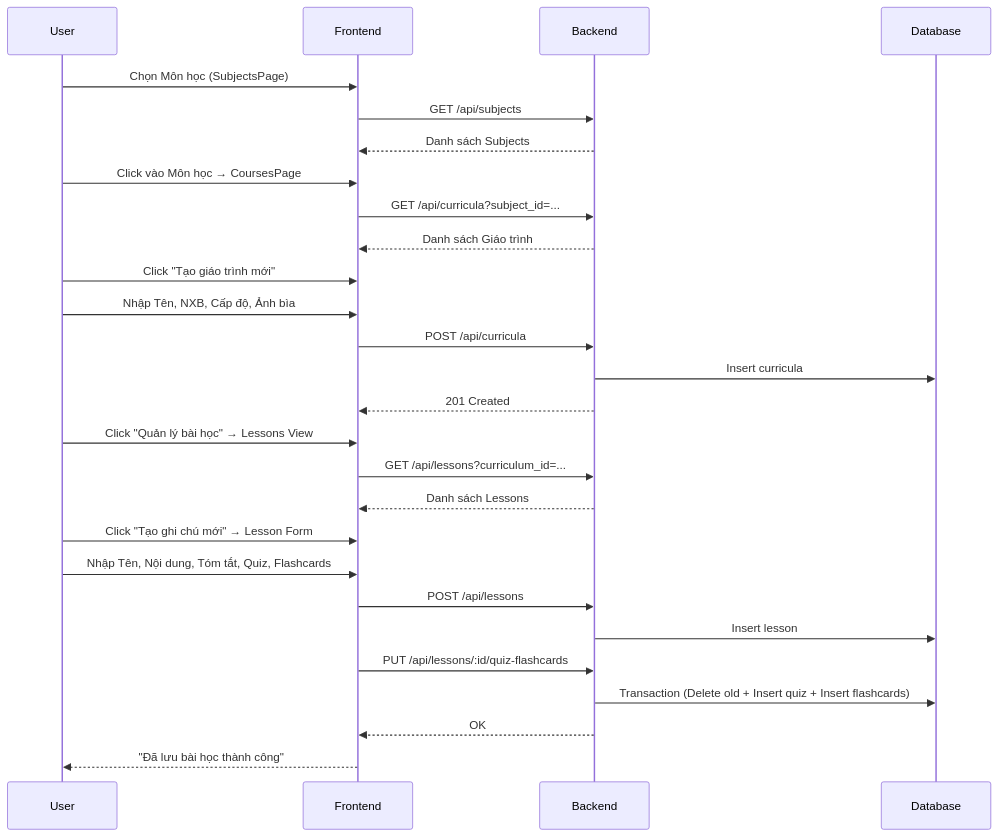
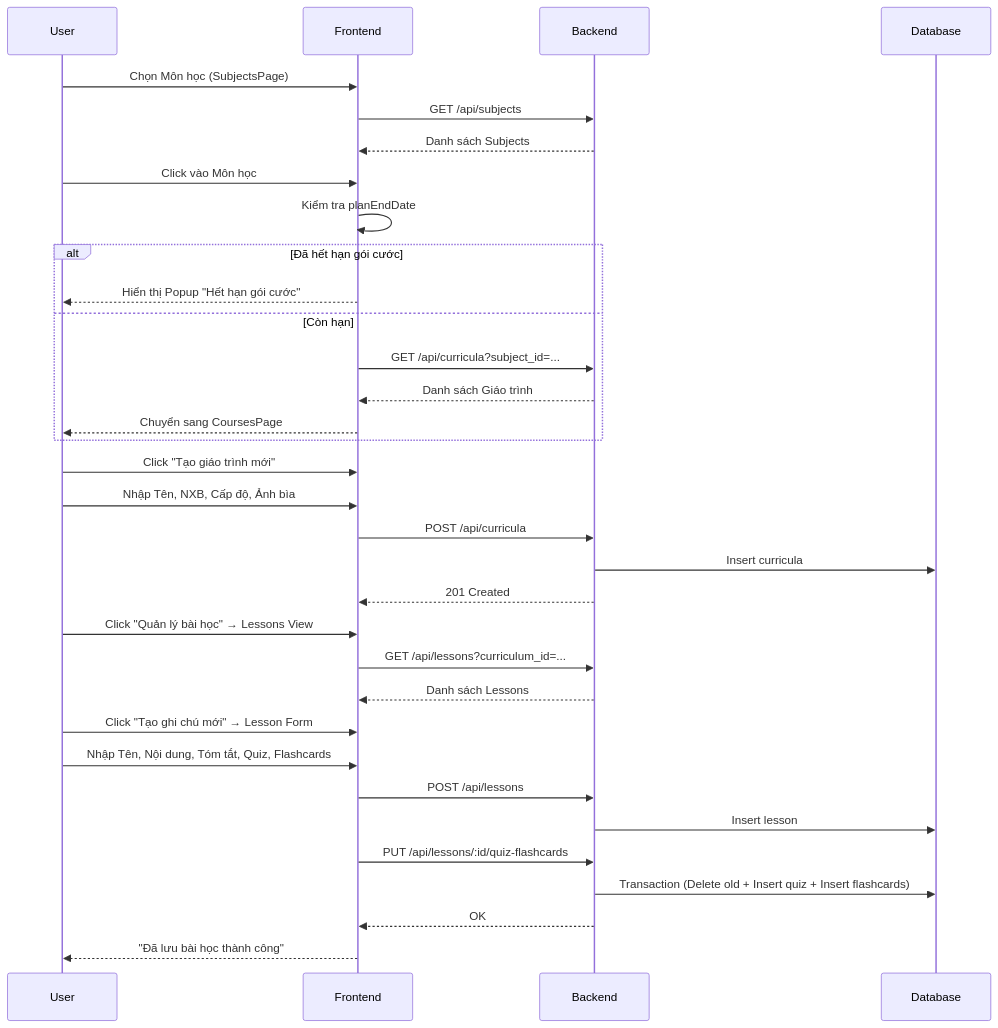
The first of 4 diagrams in spec/study/DetailDesign_study.md (SmartLearn1987/smartlearnapp), drawn with Mermaid before and after one commit. The commit also changed other lines of this file and 27 other files, not shown here.

````diff
--- a/spec/study/DetailDesign_study.md
+++ b/spec/study/DetailDesign_study.md
@@ -128,34 +133,40 @@
 ```mermaid
 sequenceDiagram
     participant User
     participant Frontend
     participant Backend
     participant Database
 
     User->>Frontend: Chọn Môn học (SubjectsPage)
     Frontend->>Backend: GET /api/subjects
     Backend-->>Frontend: Danh sách Subjects
 
-    User->>Frontend: Click vào Môn học → CoursesPage
-    Frontend->>Backend: GET /api/curricula?subject_id=...
-    Backend-->>Frontend: Danh sách Giáo trình
+    User->>Frontend: Click vào Môn học
+    Frontend->>Frontend: Kiểm tra planEndDate
+    alt Đã hết hạn gói cước
+        Frontend-->>User: Hiển thị Popup "Hết hạn gói cước"
+    else Còn hạn
+        Frontend->>Backend: GET /api/curricula?subject_id=...
+        Backend-->>Frontend: Danh sách Giáo trình
+        Frontend-->>User: Chuyển sang CoursesPage
+    end
 
     User->>Frontend: Click "Tạo giáo trình mới"
     User->>Frontend: Nhập Tên, NXB, Cấp độ, Ảnh bìa
     Frontend->>Backend: POST /api/curricula
     Backend->>Database: Insert curricula
     Backend-->>Frontend: 201 Created
 
     User->>Frontend: Click "Quản lý bài học" → Lessons View
     Frontend->>Backend: GET /api/lessons?curriculum_id=...
     Backend-->>Frontend: Danh sách Lessons
 
     User->>Frontend: Click "Tạo ghi chú mới" → Lesson Form
     User->>Frontend: Nhập Tên, Nội dung, Tóm tắt, Quiz, Flashcards
     Frontend->>Backend: POST /api/lessons
     Backend->>Database: Insert lesson
     Frontend->>Backend: PUT /api/lessons/:id/quiz-flashcards
     Backend->>Database: Transaction (Delete old + Insert quiz + Insert flashcards)
     Backend-->>Frontend: OK
     Frontend-->>User: "Đã lưu bài học thành công"
 ```
````
